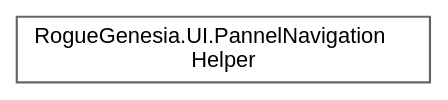
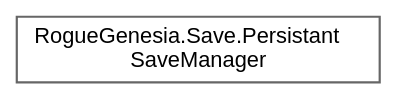
Before and after one commit to PlexusDuMenton/RogueGenesiaModAPI: the diagram in inherit_graph_212.dot, drawn with Graphviz. The commit also changed 3410 other files, not shown here.

```diff
--- a/inherit_graph_212.dot
+++ b/inherit_graph_212.dot
@@ -1,9 +1,9 @@
 digraph "Graphical Class Hierarchy"
 {
  // LATEX_PDF_SIZE
   bgcolor="transparent";
   edge [fontname=Helvetica,fontsize=10,labelfontname=Helvetica,labelfontsize=10];
   node [fontname=Helvetica,fontsize=10,shape=box,height=0.2,width=0.4];
   rankdir="LR";
-  Node0 [label="RogueGenesia.UI.PannelNavigation\lHelper",height=0.2,width=0.4,color="grey40", fillcolor="white", style="filled",URL="$class_rogue_genesia_1_1_u_i_1_1_pannel_navigation_helper.html",tooltip=" "];
+  Node0 [label="RogueGenesia.Save.Persistant\lSaveManager",height=0.2,width=0.4,color="grey40", fillcolor="white", style="filled",URL="$class_rogue_genesia_1_1_save_1_1_persistant_save_manager.html",tooltip=" "];
 }
```
